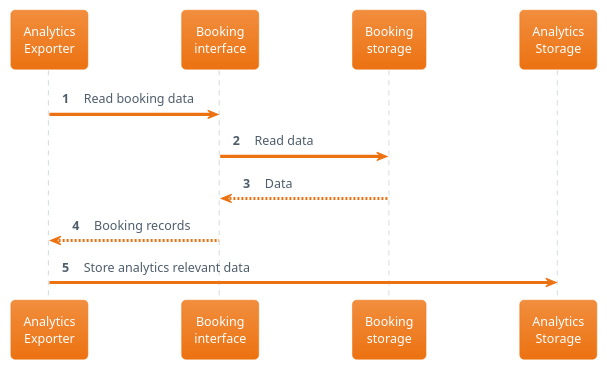
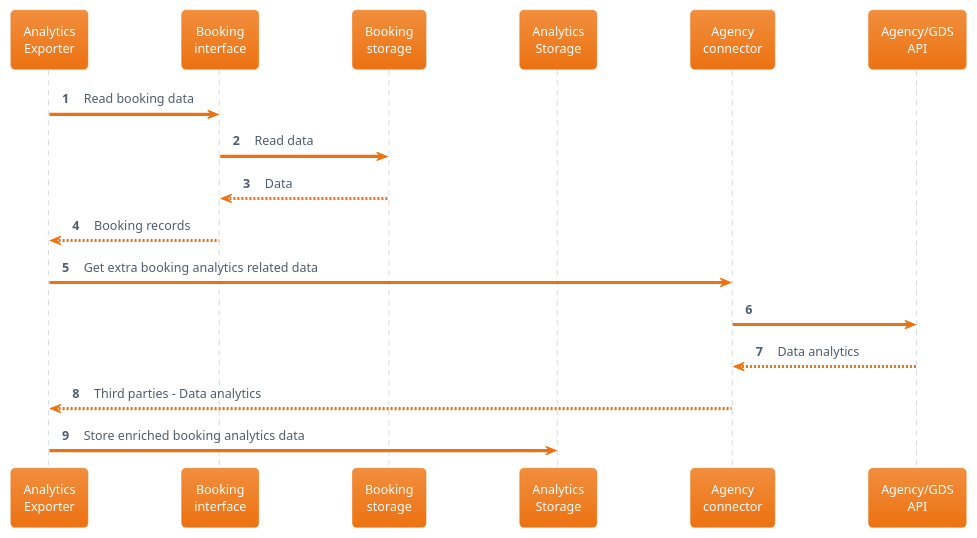
The diagram in doc/use_cases/analytics_storage.puml (relic-da/ArchEnemies), drawn with PlantUML before and after one commit. The commit also changed 2 other files, not shown here.

Commit message:
Update interaction with third parties

```diff
--- a/doc/use_cases/analytics_storage.puml
+++ b/doc/use_cases/analytics_storage.puml
@@ -1,32 +1,38 @@
 @startuml analytics_storage
 !theme aws-orange
 
 skinparam BackgroundColor white
 skinparam actorstyle awesome
 autonumber 1
 
 'participant "Mail\npoller" as mail_poller
 'participant "Mail\nlistener" as mail_listener
 'participant "Mail\nfilterer" as mail_filterer
 'participant "Booking\ntracker" as booking_tracker
 'participant "Notifier" as notifier
-'participant "Agency\nconnector" agency_connector
 'participant "GDS\nconnector" as gds_connector
 'participant "Sharer" as sharer
 'participant "Social Media\nconnector" as social_connector
 'participant "Help\nGateway" as help_gateway
 'participant "Data\nExporter" as data_exporter
 'participant "Web" as web
 
 
 participant "Analytics\nExporter" as analytics_exporter
 participant "Booking\ninterface" as booking_interface
 participant "Booking\nstorage" as booking_storage
 participant "Analytics\nStorage" as analytics_storage
+participant "Agency\nconnector" as agency_connector
+participant "Agency/GDS\nAPI" as agency
 
 analytics_exporter -> booking_interface: Read booking data
 booking_interface -> booking_storage: Read data
 return Data
 booking_interface --> analytics_exporter: Booking records
-analytics_exporter -> analytics_storage: Store analytics relevant data
+analytics_exporter -> agency_connector: Get extra booking analytics related data
+agency_connector -> agency
+return Data analytics
+agency_connector --> analytics_exporter: Third parties - Data analytics
+analytics_exporter -> analytics_storage: Store enriched booking analytics data
+
 @enduml
```
